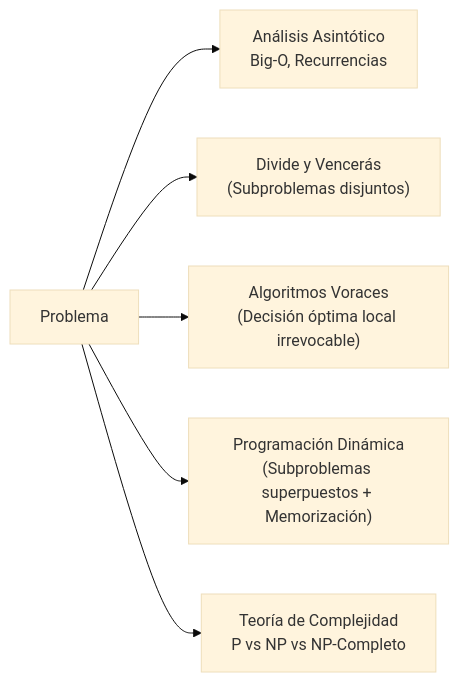
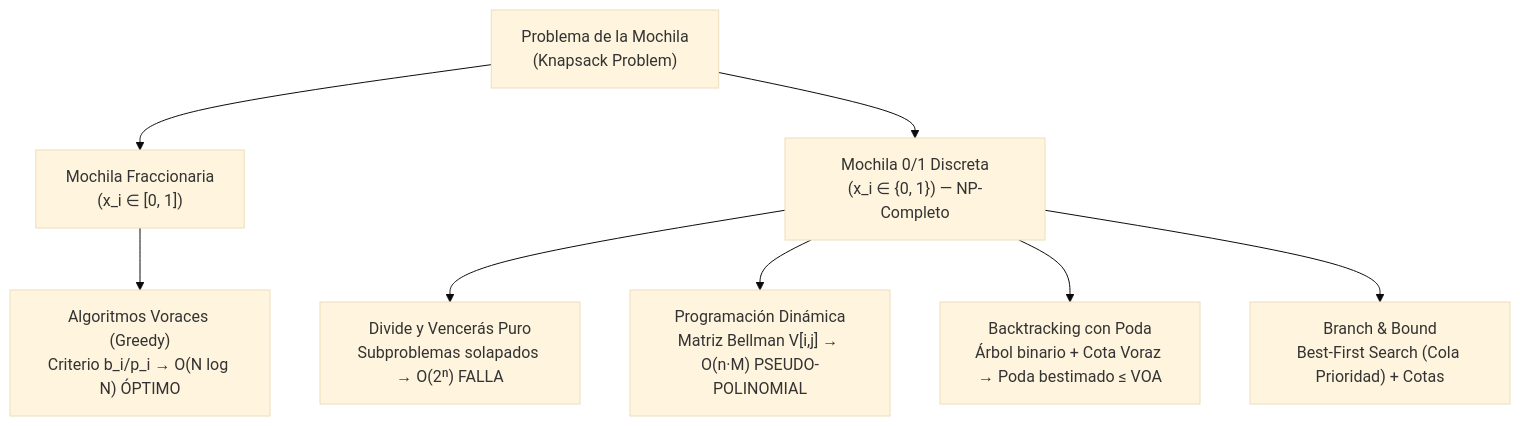
The second of 3 diagrams in docs/layer-1.md (JavierPrior845/software-stack), drawn with Mermaid (base theme) before and after one commit. The commit also changed other lines of this file, not shown here.

Commit message:
docs(layer-1): expand algorithmic paradigms, dyv sorting and complete asymptotic family

````diff
--- a/docs/layer-1.md
+++ b/docs/layer-1.md
@@ -347,8 +352,12 @@
 ```mermaid
-graph LR
-    P["Problema"] --> ASYMP["Análisis Asintótico\nBig-O, Recurrencias"]
-    P --> DYV["Divide y Vencerás\n(Subproblemas disjuntos)"]
-    P --> GREEDY["Algoritmos Voraces\n(Decisión óptima local irrevocable)"]
-    P --> DP["Programación Dinámica\n(Subproblemas superpuestos + Memorización)"]
-    P --> NP["Teoría de Complejidad\nP vs NP vs NP-Completo"]
+graph TD
+    P["Problema de la Mochila\n(Knapsack Problem)"] --> FRAC["Mochila Fraccionaria\n(x_i ∈ [0, 1])"]
+    P --> ZEROONE["Mochila 0/1 Discreta\n(x_i ∈ {0, 1}) — NP-Completo"]
+
+    FRAC --> VORAZ["Algoritmos Voraces (Greedy)\nCriterio b_i/p_i → O(N log N) ÓPTIMO"]
+
+    ZEROONE --> DYV["Divide y Vencerás Puro\nSubproblemas solapados → O(2ⁿ) FALLA"]
+    ZEROONE --> DP["Programación Dinámica\nMatriz Bellman V[i,j] → O(n·M) PSEUDO-POLINOMIAL"]
+    ZEROONE --> BT["Backtracking con Poda\nÁrbol binario + Cota Voraz → Poda bestimado ≤ VOA"]
+    ZEROONE --> BB["Branch & Bound\nBest-First Search (Cola Prioridad) + Cotas"]
 ```
````
